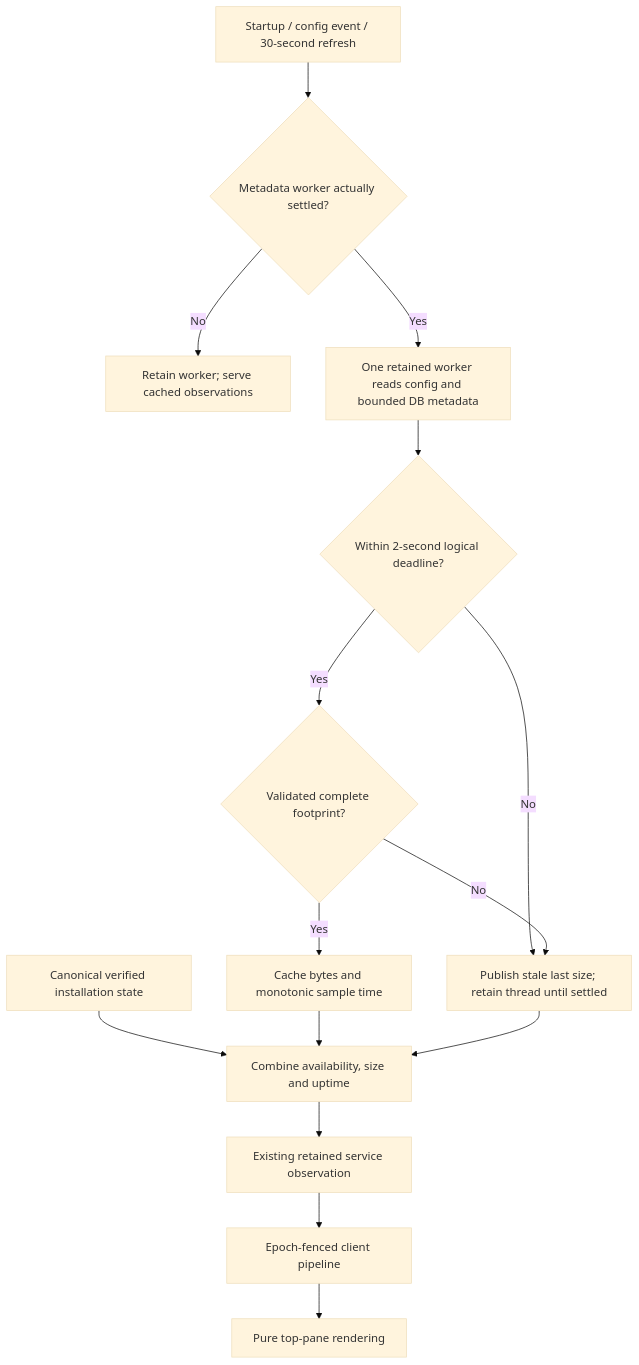
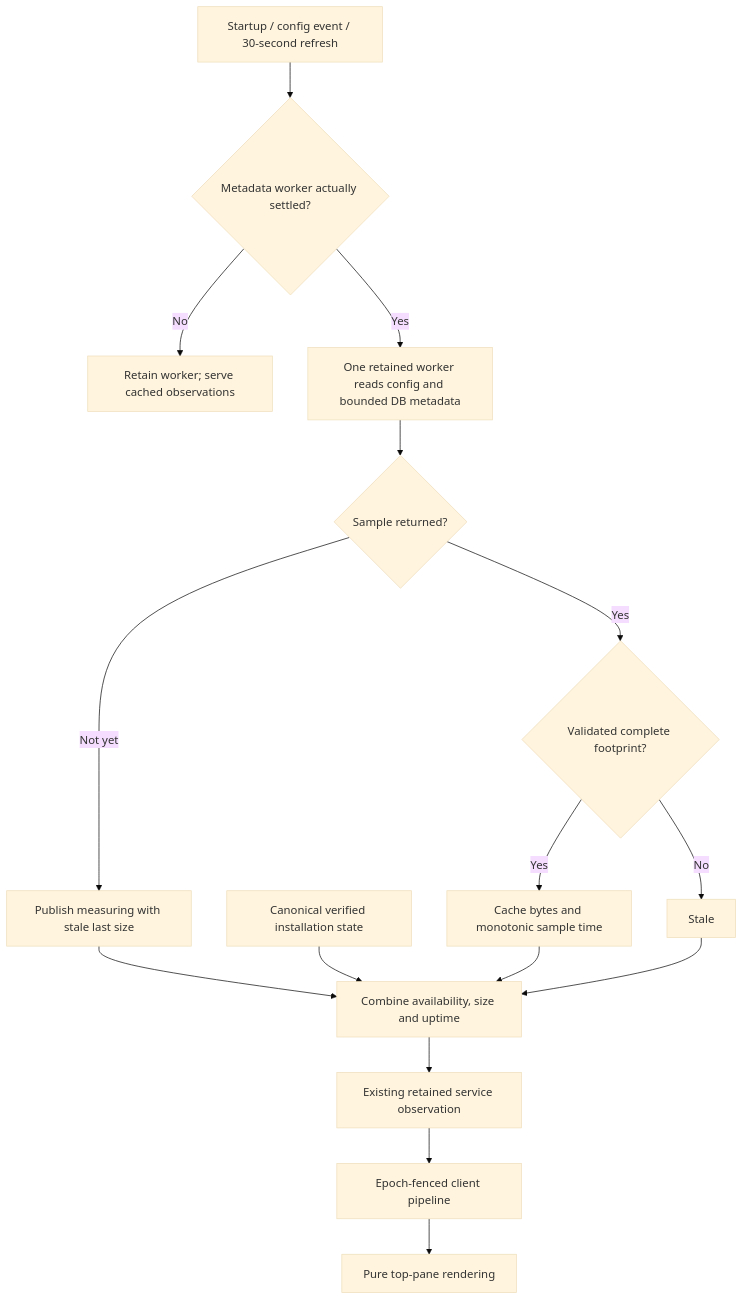
Before and after one commit to pidster/asura: the first of 2 diagrams in docs/designs/service-status-pane.md, drawn with Mermaid (base theme). The commit also changed other lines of this file and 39 other files, not shown here.

````diff
--- a/docs/designs/service-status-pane.md
+++ b/docs/designs/service-status-pane.md
@@ -72,17 +78,18 @@
 ```mermaid
 flowchart TD
     Timer[Startup / config event / 30-second refresh] --> Free{Metadata worker actually settled?}
     Free -->|No| Retain[Retain worker; serve cached observations]
     Free -->|Yes| Sample[One retained worker reads config and bounded DB metadata]
-    Sample --> Result{Within 2-second logical deadline?}
-    Result -->|No| Stale[Publish stale last size; retain thread until settled]
+    Sample --> Result{Sample returned?}
+    Result -->|Not yet| Measuring[Publish measuring with stale last size]
+    Measuring --> Status
     Result -->|Yes| Valid{Validated complete footprint?}
     Valid -->|Yes| Cache[Cache bytes and monotonic sample time]
     Valid -->|No| Stale
     Graph[Canonical verified installation state] --> Status[Combine availability, size and uptime]
     Cache --> Status
     Stale --> Status
     Status --> Observe[Existing retained service observation]
     Observe --> Client[Epoch-fenced client pipeline]
     Client --> Pane[Pure top-pane rendering]
 ```
````
